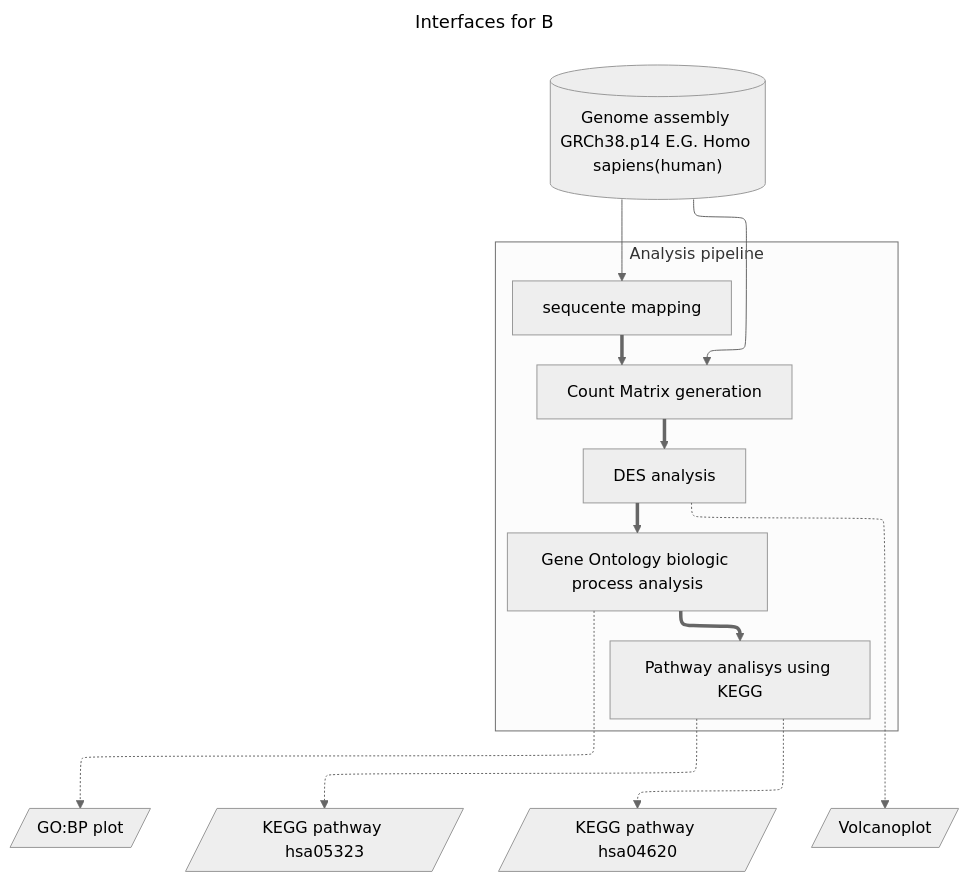
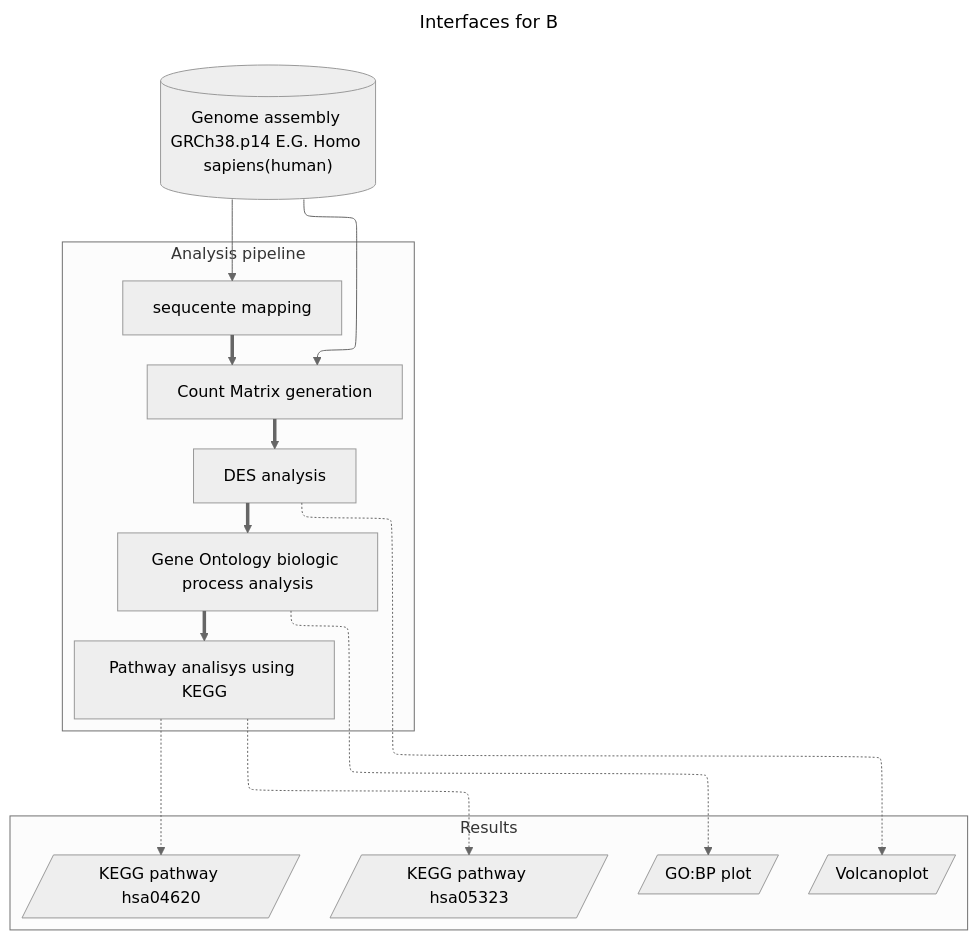
Before and after one commit to Quantum-Coder826/J2P4casusTranscriptomics: the diagram in README.md, drawn with Mermaid (neutral theme).

Commit message:
Added extra subplot

````diff
--- a/README.md
+++ b/README.md
@@ -38,38 +38,40 @@
 ```mermaid
 ---
 config:
   flowchart:
     defaultRenderer: elk
 title: Interfaces for B
 ---
 flowchart-elk TB
   HG38[("Genome assembly GRCh38.p14 E.G. Homo sapiens(human)")]
   HG38 --> seq_map
   HG38 --> matrix
-  subgraph one [Analysis pipeline];
+  subgraph one [Analysis pipeline]
         seq_map["sequcente mapping"] ==> matrix
         matrix["Count Matrix generation"] ==> data_ana
         data_ana["DES analysis"] ==> GO_ana
         GO_ana["Gene Ontology biologic process analysis"] ==> KEGG_ana
         KEGG_ana["Pathway analisys using KEGG"]
   end
   
-  GO_ana -.-> GO_plot[/"GO:BP plot"/]
-  KEGG_ana -.-> KEGG_hsa05323[/"KEGG pathway hsa05323"/]
-  KEGG_ana -.-> KEGG_hsa04620[/"KEGG pathway hsa04620"/]
-  data_ana -.-> Volcano[/"Volcanoplot"/]
+  subgraph two [Results]
+    GO_ana -.-> GO_plot[/"GO:BP plot"/]
+    KEGG_ana -.-> KEGG_hsa05323[/"KEGG pathway hsa05323"/]
+    KEGG_ana -.-> KEGG_hsa04620[/"KEGG pathway hsa04620"/]
+    data_ana -.-> Volcano[/"Volcanoplot"/]
+  end
   
 
   classDef hidden display: none
   click HG38 "https://www.ncbi.nlm.nih.gov/datasets/genome/GCF_000001405.40/"
   click seq_map "https://github.com/Quantum-Coder826/J2P4casusTranscriptomics/blob/main/scripts/seq_mapping.R"
   click matrix "https://github.com/Quantum-Coder826/J2P4casusTranscriptomics/blob/main/scripts/count_matrix.R"
   click data_ana "https://github.com/Quantum-Coder826/J2P4casusTranscriptomics/blob/main/scripts/data_ana.R"
   click GO_ana "https://github.com/Quantum-Coder826/J2P4casusTranscriptomics/blob/main/scripts/GO_analysis.R"
   click KEGG_ana "https://github.com/Quantum-Coder826/J2P4casusTranscriptomics/blob/main/scripts/KEGG_analysis.R"
   click GO_plot "https://github.com/Quantum-Coder826/J2P4casusTranscriptomics/blob/main/results/GO/GOanalysis.png"
   click KEGG_hsa05323 "https://github.com/Quantum-Coder826/J2P4casusTranscriptomics/blob/main/results/hsa05323.pathview.png"
   click KEGG_hsa04620 "https://github.com/Quantum-Coder826/J2P4casusTranscriptomics/blob/main/results/hsa04620.pathview.png"
   click Volcano "https://github.com/Quantum-Coder826/J2P4casusTranscriptomics/blob/main/results/VolcanoplotWC.png"
 
 ```
````
